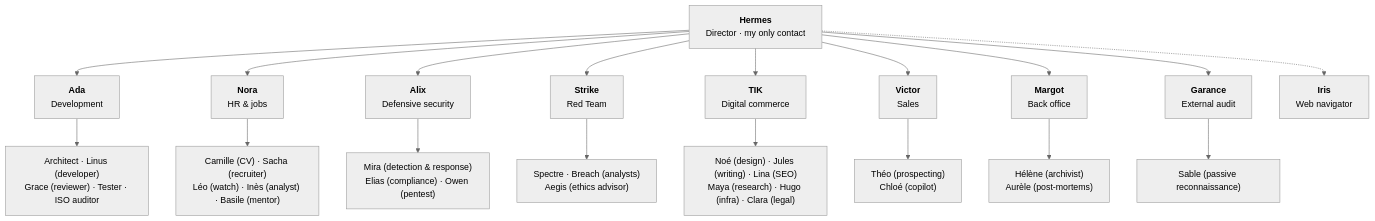
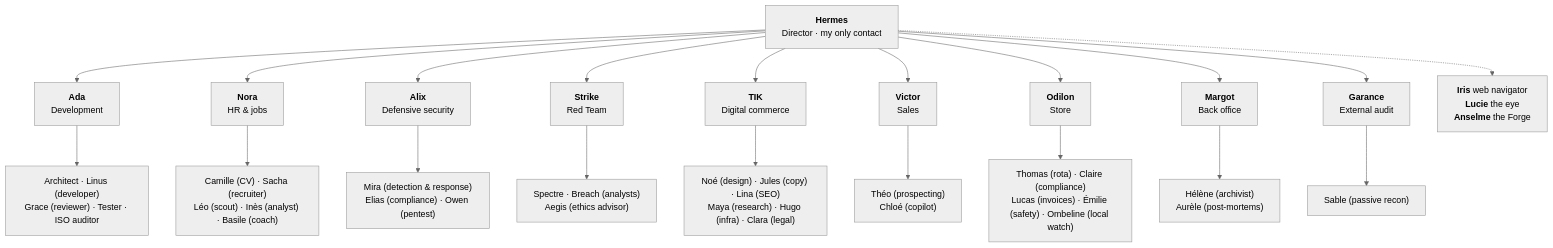
One commit to Dow08/OS-Agentique_showcase changed the third of 3 diagrams in README.md. Above: the diagram before and after it, drawn with Mermaid (neutral theme). The commit also changed other lines of this file and 50 other files, not shown here.

````diff
--- a/README.md
+++ b/README.md
@@ -131,21 +155,23 @@
 ```mermaid
 flowchart TD
     H["<b>Hermes</b><br/>Director · my only contact"]
     H --> DEV["<b>Ada</b><br/>Development"]
     H --> RH["<b>Nora</b><br/>HR & jobs"]
     H --> SEC["<b>Alix</b><br/>Defensive security"]
     H --> RED["<b>Strike</b><br/>Red Team"]
     H --> TIK["<b>TIK</b><br/>Digital commerce"]
     H --> COM["<b>Victor</b><br/>Sales"]
+    H --> MAG["<b>Odilon</b><br/>Store"]
     H --> SG["<b>Margot</b><br/>Back office"]
     H --> AUD["<b>Garance</b><br/>External audit"]
-    H -.-> IRIS["<b>Iris</b><br/>Web navigator"]
+    H -.-> SPE["<b>Iris</b> web navigator<br/><b>Lucie</b> the eye<br/><b>Anselme</b> the Forge"]
     DEV --> DEV1["Architect · Linus (developer)<br/>Grace (reviewer) · Tester · ISO auditor"]
-    RH --> RH1["Camille (CV) · Sacha (recruiter)<br/>Léo (watch) · Inès (analyst) · Basile (mentor)"]
+    RH --> RH1["Camille (CV) · Sacha (recruiter)<br/>Léo (scout) · Inès (analyst) · Basile (coach)"]
     SEC --> SEC1["Mira (detection & response)<br/>Elias (compliance) · Owen (pentest)"]
     RED --> RED1["Spectre · Breach (analysts)<br/>Aegis (ethics advisor)"]
-    TIK --> TIK1["Noé (design) · Jules (writing) · Lina (SEO)<br/>Maya (research) · Hugo (infra) · Clara (legal)"]
+    TIK --> TIK1["Noé (design) · Jules (copy) · Lina (SEO)<br/>Maya (research) · Hugo (infra) · Clara (legal)"]
     COM --> COM1["Théo (prospecting)<br/>Chloé (copilot)"]
+    MAG --> MAG1["Thomas (rota) · Claire (compliance)<br/>Lucas (invoices) · Émilie (safety) · Ombeline (local watch)"]
     SG --> SG1["Hélène (archivist)<br/>Aurèle (post-mortems)"]
-    AUD --> AUD1["Sable (passive reconnaissance)"]
+    AUD --> AUD1["Sable (passive recon)"]
 ```
````
